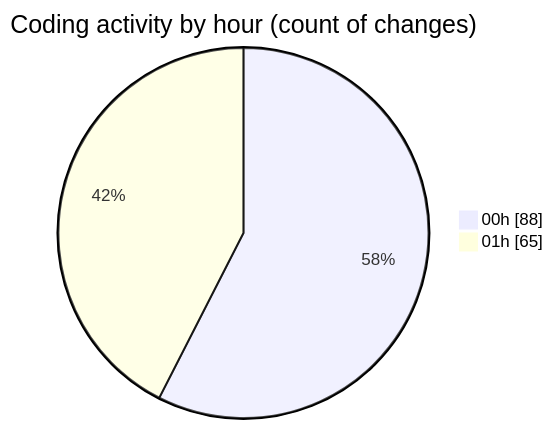
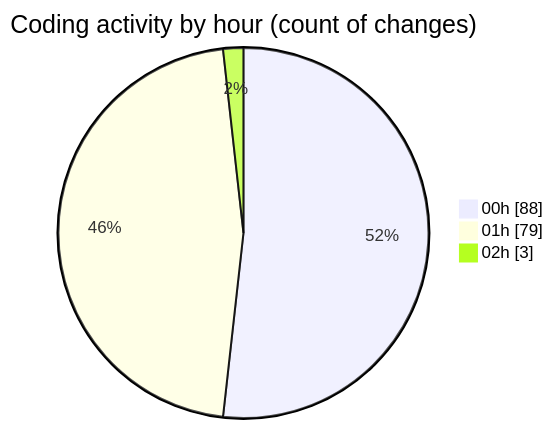
The second of 2 diagrams in 2025-08-16/rentotp/README.md (lephambinh05/code-tracking), drawn with Mermaid before and after one commit. The commit also changed other lines of this file and 1 other file, not shown here.

````diff
--- a/2025-08-16/rentotp/README.md
+++ b/2025-08-16/rentotp/README.md
@@ -48,6 +48,7 @@
 ```mermaid
 pie showData
 title Coding activity by hour (count of changes)
 "00h" : 88
-"01h" : 65
+"01h" : 79
+"02h" : 3
 ```
````
